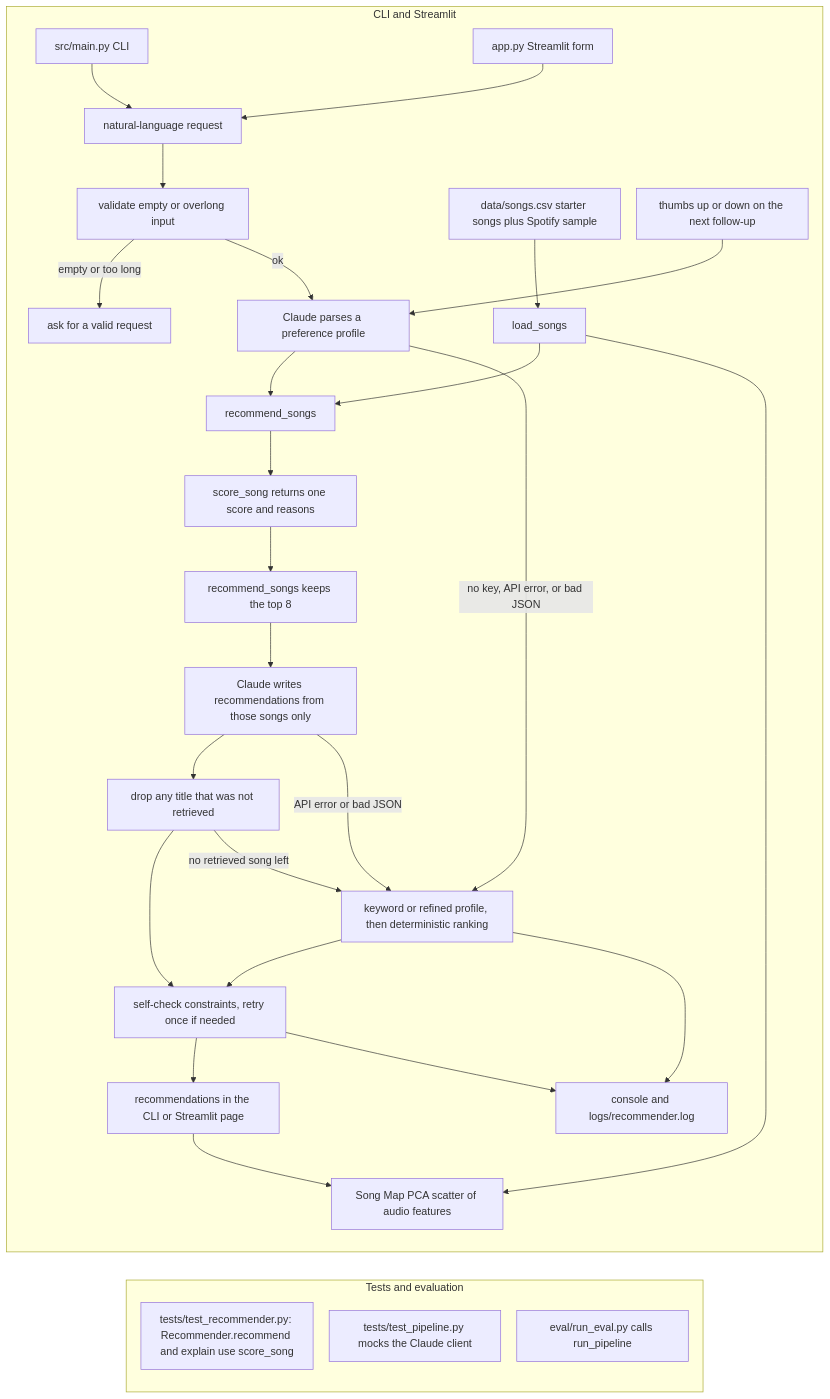
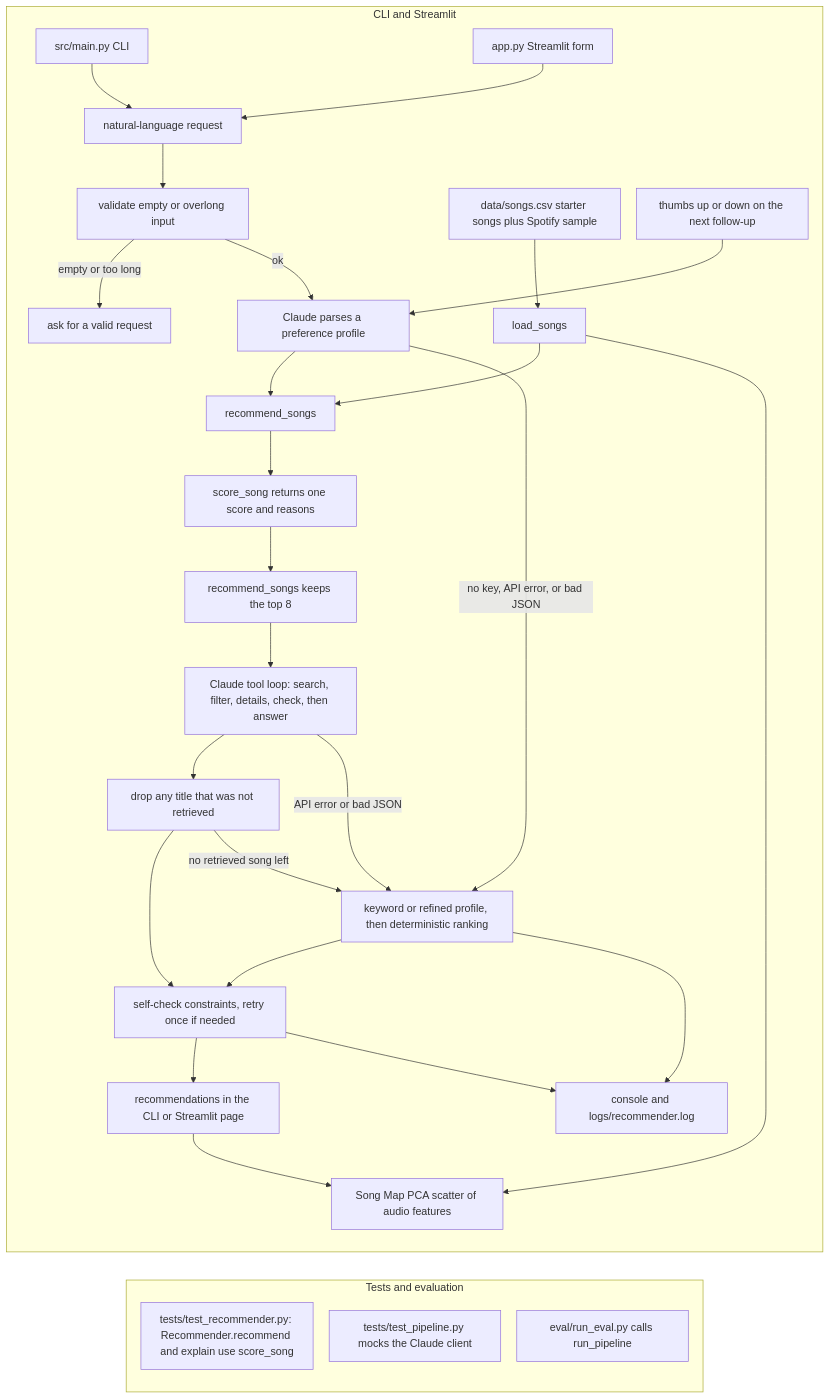
Before and after one commit to ThePurpleClub/applied-ai-system-project: the diagram in diagrams/architecture.mmd, drawn with Mermaid. The commit also changed 15 other files, not shown here.

```diff
--- a/diagrams/architecture.mmd
+++ b/diagrams/architecture.mmd
@@ -1,37 +1,37 @@
 %%{init: {"flowchart": {"rankSpacing": 42, "nodeSpacing": 24, "padding": 14}}}%%
 flowchart TD
     subgraph app ["CLI and Streamlit"]
         direction TB
         cli["src/main.py CLI"] --> request["natural-language request"]
         ui["app.py Streamlit form"] --> request
         request --> checkLen["validate empty or overlong input"]
         checkLen -->|"empty or too long"| rejected["ask for a valid request"]
         checkLen -->|"ok"| parse["Claude parses a preference profile"]
         csv["data/songs.csv starter songs plus Spotify sample"] --> loadSongs["load_songs"]
         parse --> retrieve["recommend_songs"]
         loadSongs --> retrieve
         retrieve --> score["score_song returns one score and reasons"]
         score --> topn["recommend_songs keeps the top 8"]
-        topn --> generate["Claude writes recommendations from those songs only"]
+        topn --> generate["Claude tool loop: search, filter, details, check, then answer"]
         generate --> guard["drop any title that was not retrieved"]
         guard --> check["self-check constraints, retry once if needed"]
         check --> stdout["recommendations in the CLI or Streamlit page"]
         loadSongs --> songMap["Song Map PCA scatter of audio features"]
         stdout --> songMap
         feedback["thumbs up or down on the next follow-up"] --> parse
         parse -->|"no key, API error, or bad JSON"| fallback["keyword or refined profile, then deterministic ranking"]
         generate -->|"API error or bad JSON"| fallback
         guard -->|"no retrieved song left"| fallback
         fallback --> check
         check --> logs["console and logs/recommender.log"]
         fallback --> logs
     end
 
     subgraph checks ["Tests and evaluation"]
         direction TB
         recommenderTests["tests/test_recommender.py: Recommender.recommend and explain use score_song"]
         pipelineTests["tests/test_pipeline.py mocks the Claude client"]
         evalScript["eval/run_eval.py calls run_pipeline"]
     end
 
     app ~~~ checks
```
